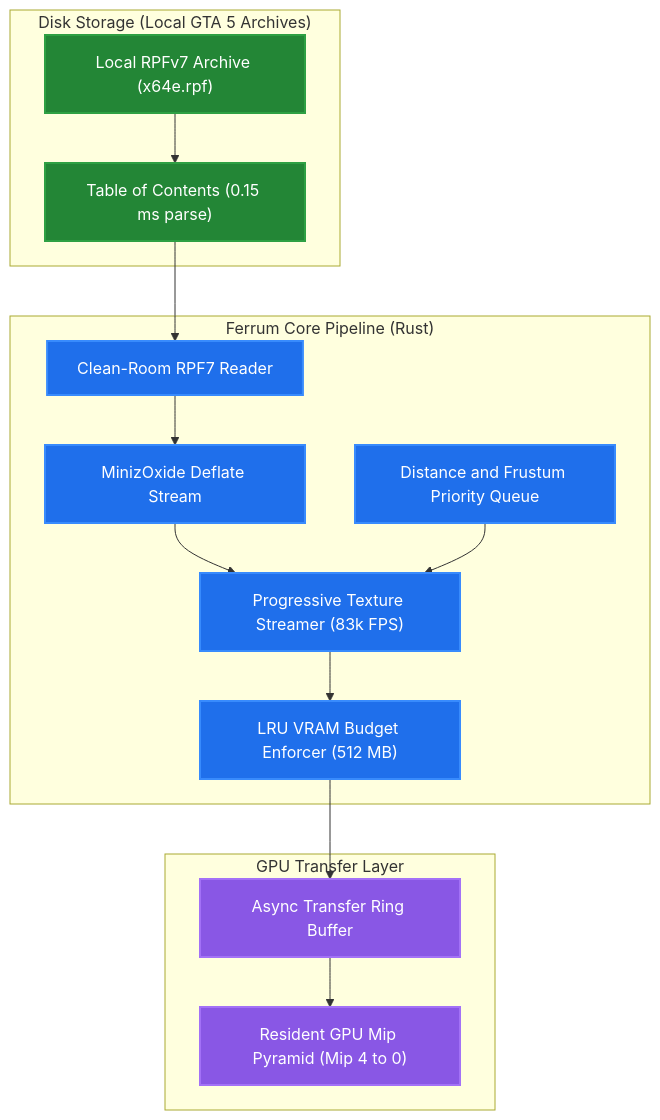
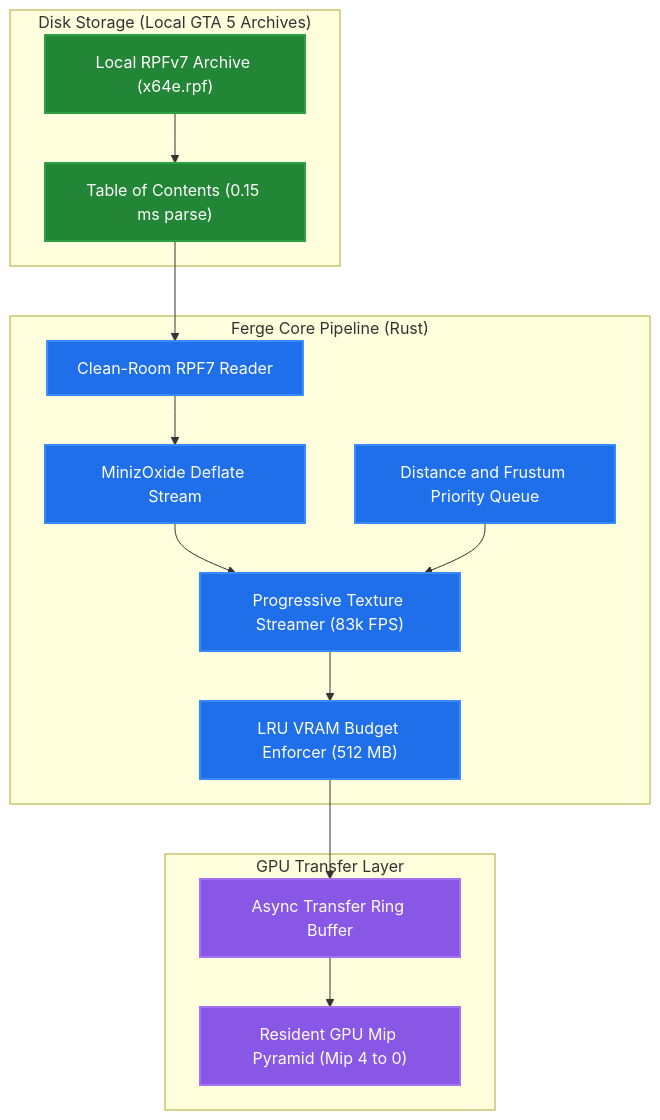
One commit to steoward/Ferge changed the first of 2 diagrams in BENCHMARKS.md. Above: the diagram before and after it, drawn with Mermaid. The commit also changed other lines of this file and 20 other files, not shown here.

Commit message:
feat: rebrand to Ferge (Fe Rust Game Engine), add RSC7 3D pipeline & Software Rasterizer, fix SVG overlap and add Arabic docs

````diff
--- a/BENCHMARKS.md
+++ b/BENCHMARKS.md
@@ -54,33 +58,33 @@
 ```mermaid
 flowchart TD
     classDef storage fill:#238636,stroke:#2ea043,stroke-width:2px,color:#ffffff;
     classDef rust fill:#1f6feb,stroke:#388bfd,stroke-width:2px,color:#ffffff;
     classDef gpu fill:#8957e5,stroke:#a371f7,stroke-width:2px,color:#ffffff;
 
     subgraph Disk["Disk Storage (Local GTA 5 Archives)"]
         RPF["Local RPFv7 Archive (x64e.rpf)"]:::storage
         TOC["Table of Contents (0.15 ms parse)"]:::storage
     end
 
-    subgraph Ferrum["Ferrum Core Pipeline (Rust)"]
+    subgraph Ferge["Ferge Core Pipeline (Rust)"]
         Reader["Clean-Room RPF7 Reader"]:::rust
         PQ["Distance and Frustum Priority Queue"]:::rust
         Decomp["MinizOxide Deflate Stream"]:::rust
         Streamer["Progressive Texture Streamer (83k FPS)"]:::rust
         VRAM["LRU VRAM Budget Enforcer (512 MB)"]:::rust
     end
 
     subgraph Output["GPU Transfer Layer"]
         Ring["Async Transfer Ring Buffer"]:::gpu
         GPU["Resident GPU Mip Pyramid (Mip 4 to 0)"]:::gpu
     end
 
     RPF --> TOC
     TOC --> Reader
     Reader --> Decomp
     Decomp --> Streamer
     PQ --> Streamer
     Streamer --> VRAM
     VRAM --> Ring
     Ring --> GPU
 ```
````
